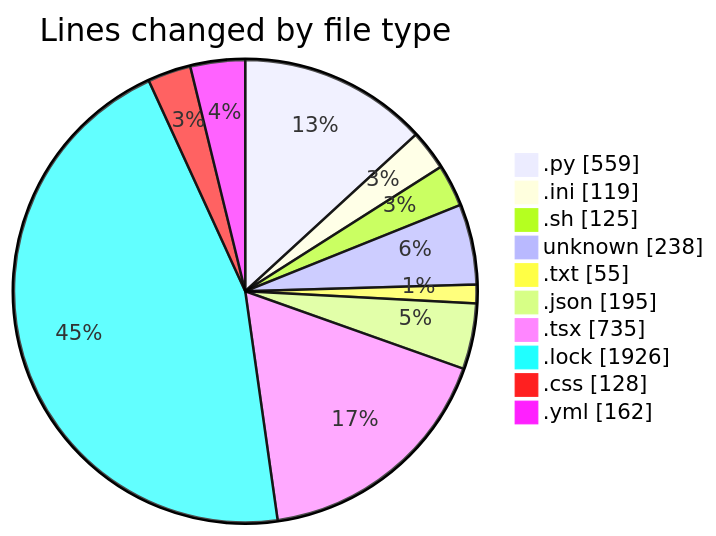
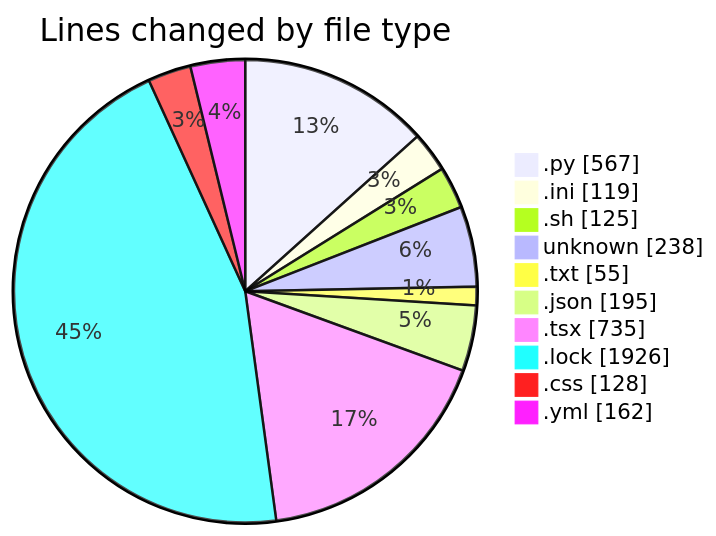
The first of 2 diagrams in 2025-05-12/niten/README.md (Elitesun/code-tracking), drawn with Mermaid before and after one commit. The commit also changed other lines of this file and 1 other file, not shown here.

````diff
--- a/2025-05-12/niten/README.md
+++ b/2025-05-12/niten/README.md
@@ -38,14 +38,14 @@
 ```mermaid
 pie showData
 title Lines changed by file type
-".py" : 559
+".py" : 567
 ".ini" : 119
 ".sh" : 125
 "unknown" : 238
 ".txt" : 55
 ".json" : 195
 ".tsx" : 735
 ".lock" : 1926
 ".css" : 128
 ".yml" : 162
 ```
````
